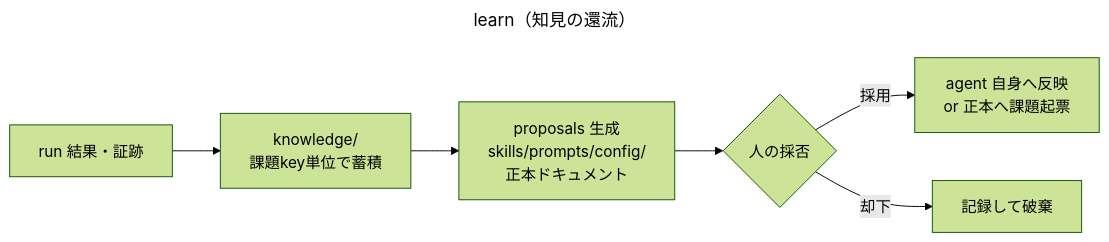
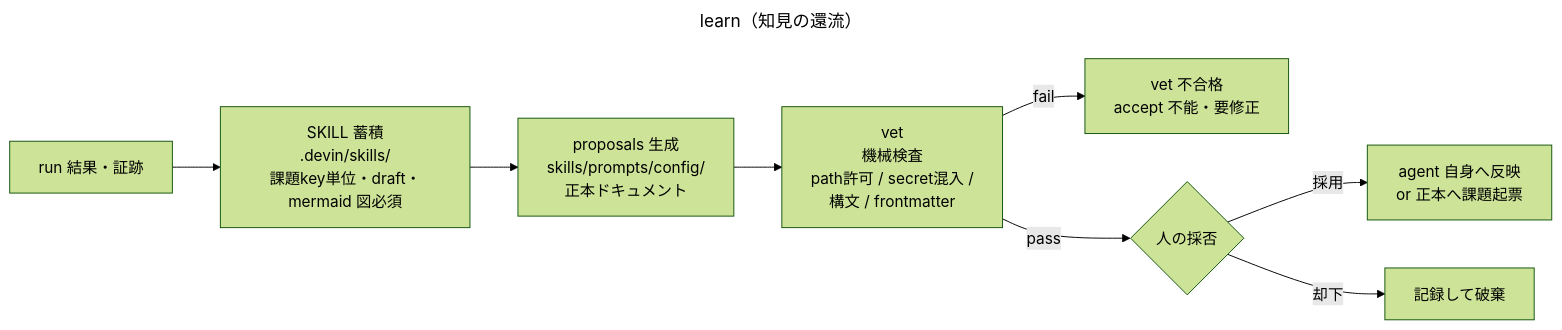
The diagram in diagrams/learn-flow.mmd (yamamoto-ryuzo/kasugai_agent), drawn with Mermaid (forest theme) before and after one commit. The commit also changed 80 other files, not shown here.

```diff
--- a/diagrams/learn-flow.mmd
+++ b/diagrams/learn-flow.mmd
@@ -1,9 +1,11 @@
 ---
 title: learn（知見の還流）
 ---
 flowchart LR
-    RUN[run 結果・証跡] --> KN[knowledge/<br/>課題key単位で蓄積]
+    RUN[run 結果・証跡] --> KN[SKILL 蓄積<br/>.devin/skills/<br/>課題key単位・draft・mermaid 図必須]
     KN --> PROP[proposals 生成<br/>skills/prompts/config/<br/>正本ドキュメント]
-    PROP --> HUMAN{人の採否}
+    PROP --> VET[vet<br/>機械検査<br/>path許可 / secret混入 /<br/>構文 / frontmatter]
+    VET -->|fail| VF[vet 不合格<br/>accept 不能・要修正]
+    VET -->|pass| HUMAN{人の採否}
     HUMAN -->|採用| SELF[agent 自身へ反映<br/>or 正本へ課題起票]
     HUMAN -->|却下| DROP[記録して破棄]
```
